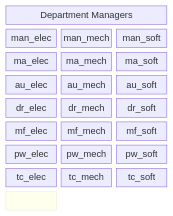
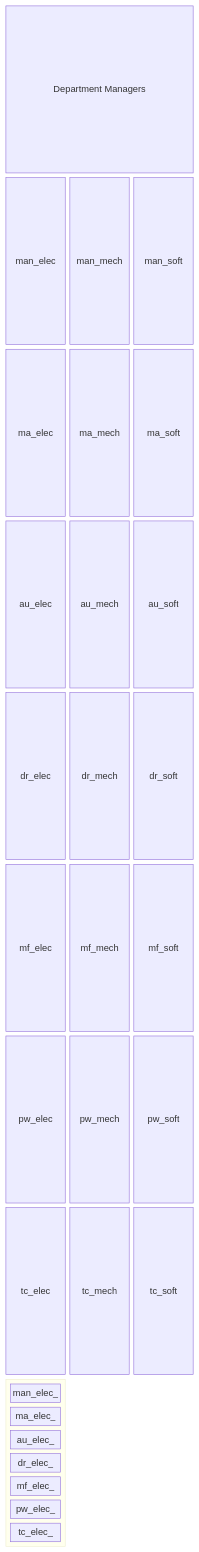
Before and after one commit to FooGiGo-Org/.github: the diagram in README.md, drawn with Mermaid.

Commit message:
Rename electrical components in README

````diff
--- a/README.md
+++ b/README.md
@@ -1,25 +1,25 @@
 ```mermaid
 ---
 title: SCRB Matrix Organization
 ---
 block
     columns 3
     man["Department Managers"]:3
     man_elec man_mech man_soft
     ma_elec ma_mech ma_soft
     au_elec au_mech au_soft
     dr_elec dr_mech dr_soft
     mf_elec mf_mech mf_soft
     pw_elec pw_mech pw_soft
     tc_elec tc_mech tc_soft
     block:elec_mem
         columns 1
-        man_elec
-        ma_elec
-        au_elec
-        dr_elec
-        mf_elec
-        pw_elec
-        tc_elec
+        man_elec_
+        ma_elec_
+        au_elec_
+        dr_elec_
+        mf_elec_
+        pw_elec_
+        tc_elec_
     end
 ```
````
